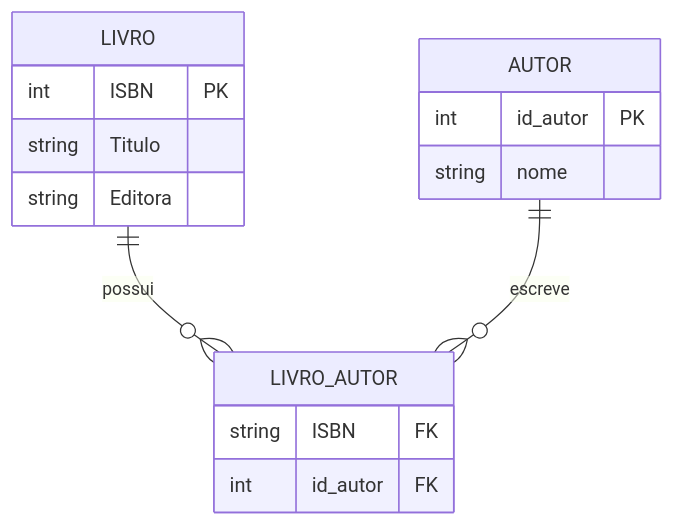
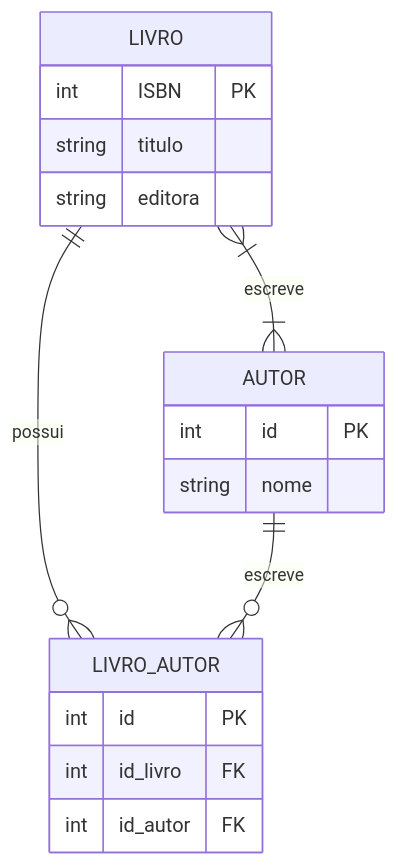
One commit to joaorbm09/banco_de_dados changed the diagram in exercicios/ex2.md. Above: the diagram before and after it, drawn with Mermaid.

Commit message:
atualizando exercicios

````diff
--- a/exercicios/ex2.md
+++ b/exercicios/ex2.md
@@ -3,21 +3,23 @@
 ```mermaid
     erDiagram
         LIVRO{
             int ISBN PK 
-            string Titulo 
-            string Editora 
+            string titulo 
+            string editora 
         }
         AUTOR{
-            int id_autor PK 
+            int id PK 
             string nome 
         }
 
         LIVRO_AUTOR{
-            string ISBN FK 
+            int id PK
+            int id_livro FK 
             int id_autor FK
         }
 
 
+LIVRO }|--|{ AUTOR:"escreve"
 LIVRO ||--o{ LIVRO_AUTOR:"possui"
 AUTOR ||--o{ LIVRO_AUTOR:"escreve"
 ``` 
````
